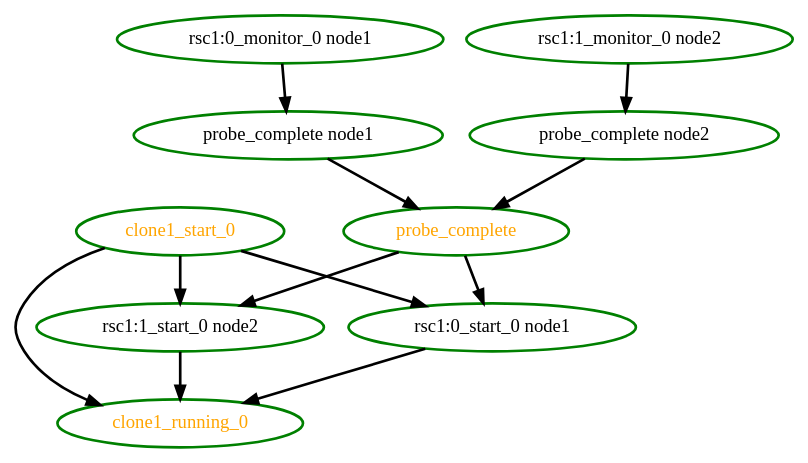
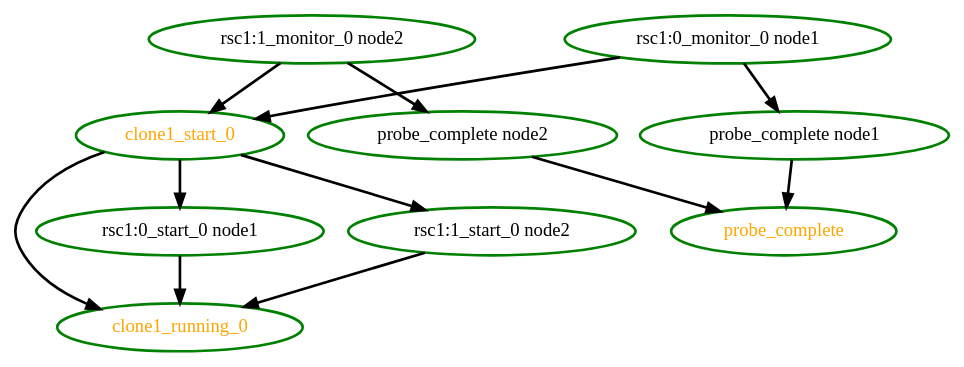
The diagram in pengine/test10/template-clone-primitive.dot (ClusterLabs/pacemaker), drawn with Graphviz before and after one commit. The commit also changed 464 other files, not shown here.

```diff
--- a/pengine/test10/template-clone-primitive.dot
+++ b/pengine/test10/template-clone-primitive.dot
@@ -1,22 +1,22 @@
 digraph "g" {
 "clone1_running_0" [ style=bold color="green" fontcolor="orange"]
 "clone1_start_0" -> "clone1_running_0" [ style = bold]
 "clone1_start_0" -> "rsc1:0_start_0 node1" [ style = bold]
 "clone1_start_0" -> "rsc1:1_start_0 node2" [ style = bold]
 "clone1_start_0" [ style=bold color="green" fontcolor="orange"]
 "probe_complete node1" -> "probe_complete" [ style = bold]
 "probe_complete node1" [ style=bold color="green" fontcolor="black"]
 "probe_complete node2" -> "probe_complete" [ style = bold]
 "probe_complete node2" [ style=bold color="green" fontcolor="black"]
-"probe_complete" -> "rsc1:0_start_0 node1" [ style = bold]
-"probe_complete" -> "rsc1:1_start_0 node2" [ style = bold]
 "probe_complete" [ style=bold color="green" fontcolor="orange"]
+"rsc1:0_monitor_0 node1" -> "clone1_start_0" [ style = bold]
 "rsc1:0_monitor_0 node1" -> "probe_complete node1" [ style = bold]
 "rsc1:0_monitor_0 node1" [ style=bold color="green" fontcolor="black"]
 "rsc1:0_start_0 node1" -> "clone1_running_0" [ style = bold]
 "rsc1:0_start_0 node1" [ style=bold color="green" fontcolor="black"]
+"rsc1:1_monitor_0 node2" -> "clone1_start_0" [ style = bold]
 "rsc1:1_monitor_0 node2" -> "probe_complete node2" [ style = bold]
 "rsc1:1_monitor_0 node2" [ style=bold color="green" fontcolor="black"]
 "rsc1:1_start_0 node2" -> "clone1_running_0" [ style = bold]
 "rsc1:1_start_0 node2" [ style=bold color="green" fontcolor="black"]
 }
```
